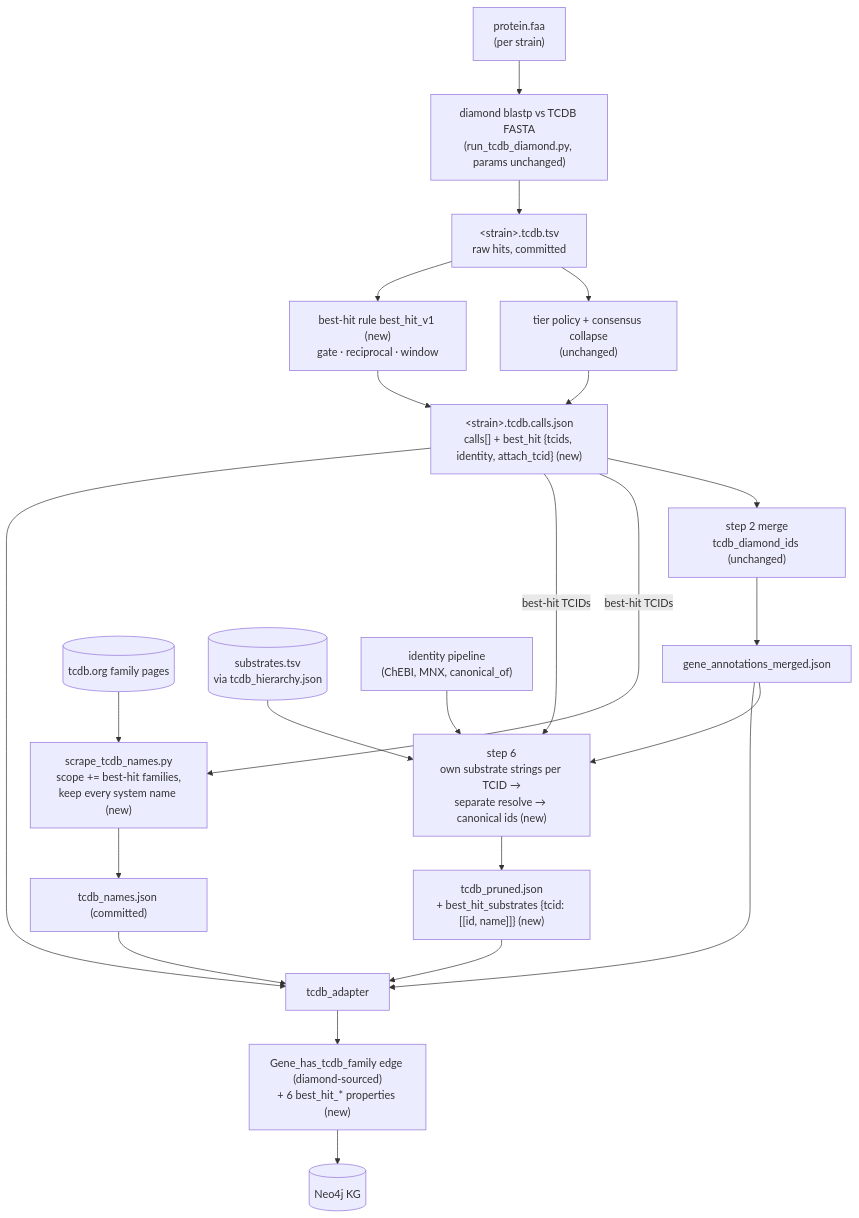
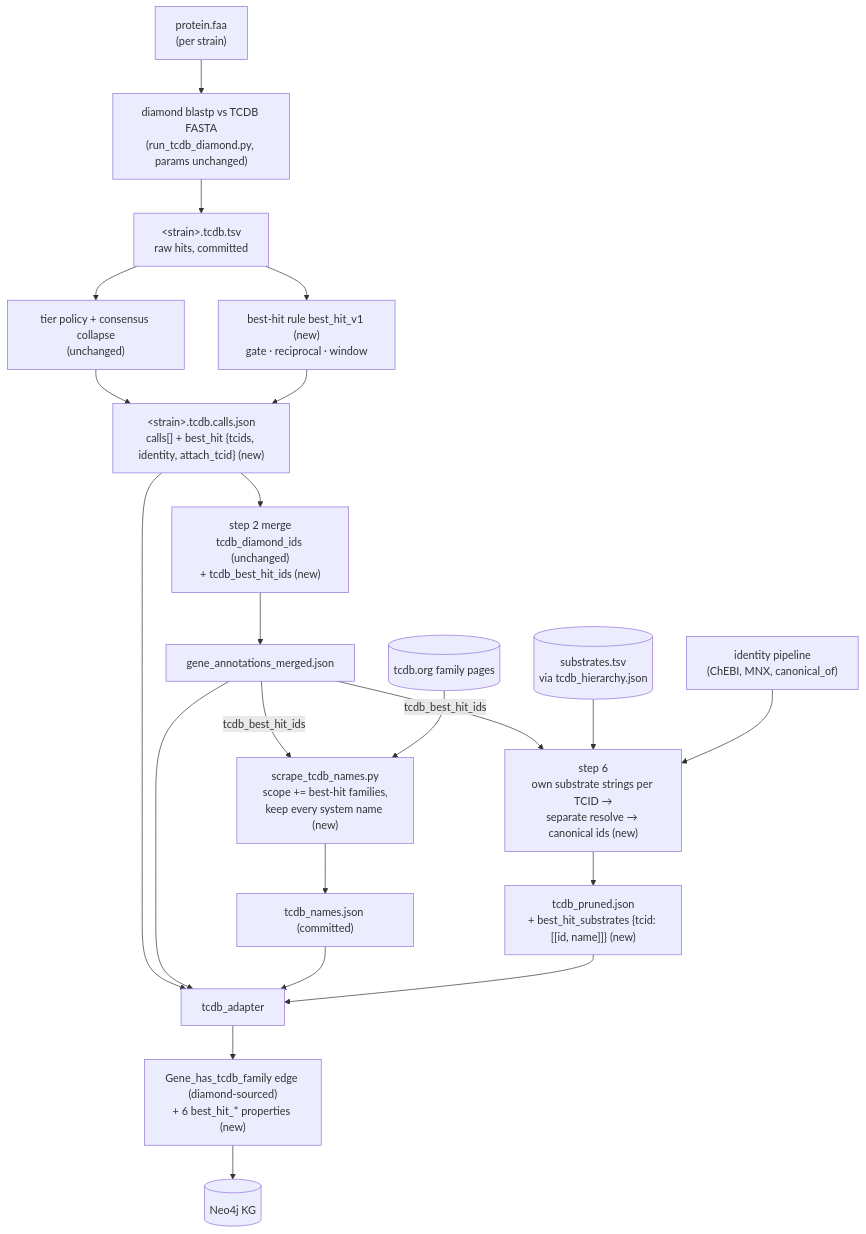
Before and after one commit to wosnat/multiomics_biocypher_kg: the diagram in docs/superpowers/specs/2026-10-18-tcdb-diamond-best-hit-design.md, drawn with Mermaid. The commit also changed other lines of this file and 1 other file, not shown here.

Commit message:
docs(tcdb-best-hit): step-2 merge field tcdb_best_hit_ids

````diff
--- a/docs/superpowers/specs/2026-10-18-tcdb-diamond-best-hit-design.md
+++ b/docs/superpowers/specs/2026-10-18-tcdb-diamond-best-hit-design.md
@@ -210,29 +215,28 @@
 ```mermaid
 flowchart TD
     FAA["protein.faa<br/>(per strain)"] --> DIA["diamond blastp vs TCDB FASTA<br/>(run_tcdb_diamond.py, params unchanged)"]
     DIA --> TSV["&lt;strain&gt;.tcdb.tsv<br/>raw hits, committed"]
     TSV --> TIER["tier policy + consensus collapse<br/>(unchanged)"]
     TSV --> RULE["best-hit rule best_hit_v1 (new)<br/>gate · reciprocal · window"]
     TIER --> CALLS["&lt;strain&gt;.tcdb.calls.json<br/>calls[] + best_hit {tcids, identity, attach_tcid} (new)"]
     RULE --> CALLS
 
-    CALLS --> S2["step 2 merge<br/>tcdb_diamond_ids (unchanged)"]
+    CALLS --> S2["step 2 merge<br/>tcdb_diamond_ids (unchanged)<br/>+ tcdb_best_hit_ids (new)"]
     S2 --> MERGED["gene_annotations_merged.json"]
 
-    CALLS -->|best-hit TCIDs| SCRAPE["scrape_tcdb_names.py<br/>scope += best-hit families,<br/>keep every system name (new)"]
+    MERGED -->|tcdb_best_hit_ids| SCRAPE["scrape_tcdb_names.py<br/>scope += best-hit families,<br/>keep every system name (new)"]
     TCDBWEB[("tcdb.org family pages")] --> SCRAPE
     SCRAPE --> NAMES["tcdb_names.json (committed)"]
 
-    CALLS -->|best-hit TCIDs| S6["step 6<br/>own substrate strings per TCID →<br/>separate resolve → canonical ids (new)"]
+    MERGED -->|tcdb_best_hit_ids| S6["step 6<br/>own substrate strings per TCID →<br/>separate resolve → canonical ids (new)"]
     SUBS[("substrates.tsv<br/>via tcdb_hierarchy.json")] --> S6
     IDP["identity pipeline<br/>(ChEBI, MNX, canonical_of)"] --> S6
     S6 --> PRUNED["tcdb_pruned.json<br/>+ best_hit_substrates {tcid: [[id, name]]} (new)"]
-    MERGED --> S6
 
     CALLS --> ADP["tcdb_adapter"]
     MERGED --> ADP
     NAMES --> ADP
     PRUNED --> ADP
     ADP --> EDGE["Gene_has_tcdb_family edge (diamond-sourced)<br/>+ 6 best_hit_* properties (new)"]
     EDGE --> KG[("Neo4j KG")]
 ```
````
